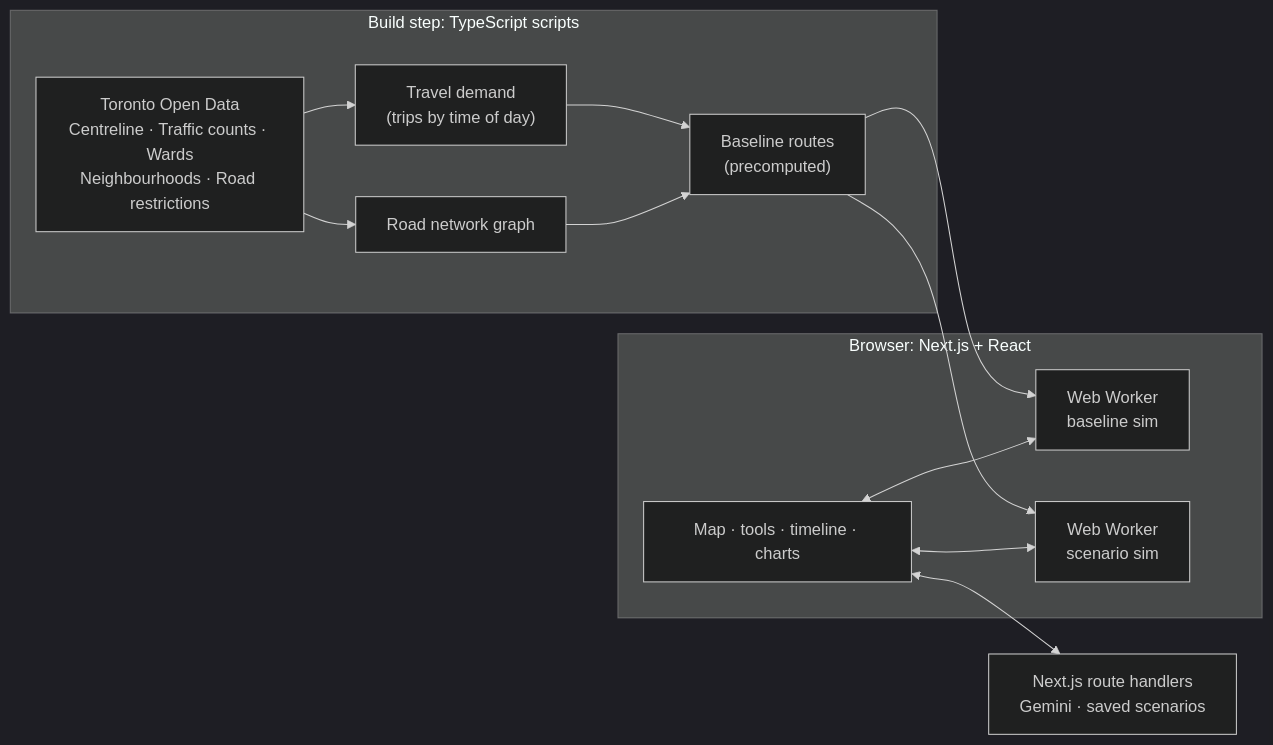
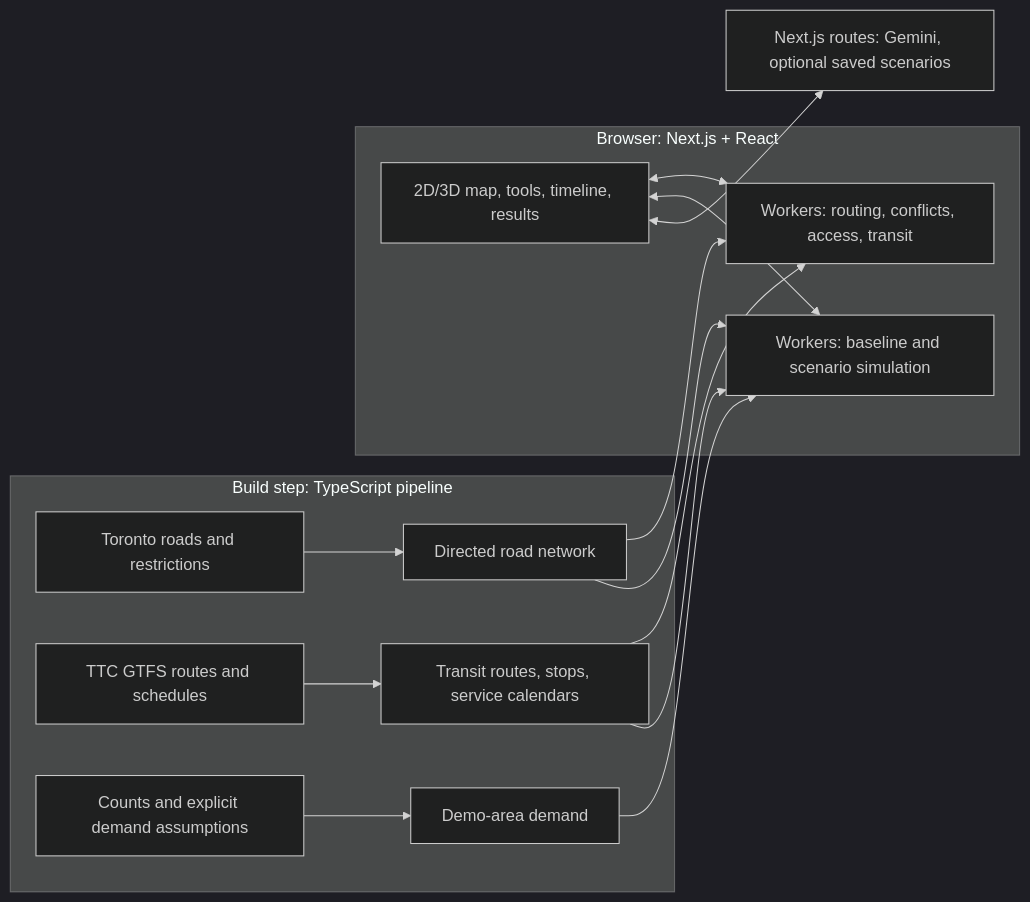
The diagram in README.md (zhe-jac/flowTO), drawn with Mermaid (dark theme) before and after one commit. The commit also changed other lines of this file, not shown here.

````diff
--- a/README.md
+++ b/README.md
@@ -53,18 +99,20 @@
 ```mermaid
 flowchart LR
-    subgraph Build["Build step: TypeScript scripts"]
-        CKAN["Toronto Open Data<br/>Centreline · Traffic counts · Wards<br/>Neighbourhoods · Road restrictions"] --> NET["Road network graph"]
-        CKAN --> DEM["Travel demand<br/>(trips by time of day)"]
-        NET --> BASE["Baseline routes<br/>(precomputed)"]
-        DEM --> BASE
+    subgraph Build["Build step: TypeScript pipeline"]
+        ROAD["Toronto roads and restrictions"] --> NET["Directed road network"]
+        TTC["TTC GTFS routes and schedules"] --> TRANSIT["Transit routes, stops, service calendars"]
+        COUNTS["Counts and explicit demand assumptions"] --> DEM["Demo-area demand"]
     end
 
     subgraph Browser["Browser: Next.js + React"]
-        UI["Map · tools · timeline · charts"] <--> W1["Web Worker<br/>baseline sim"]
-        UI <--> W2["Web Worker<br/>scenario sim"]
+        UI["2D/3D map, tools, timeline, results"] <--> ANALYSIS["Workers: routing, conflicts, access, transit"]
+        UI <--> SIM["Workers: baseline and scenario simulation"]
     end
 
-    BASE --> W1
-    BASE --> W2
-    UI <--> API["Next.js route handlers<br/>Gemini · saved scenarios"]
+    NET --> ANALYSIS
+    TRANSIT --> ANALYSIS
+    NET --> SIM
+    TRANSIT --> SIM
+    DEM --> SIM
+    UI <--> API["Next.js routes: Gemini, optional saved scenarios"]
 ```
````
